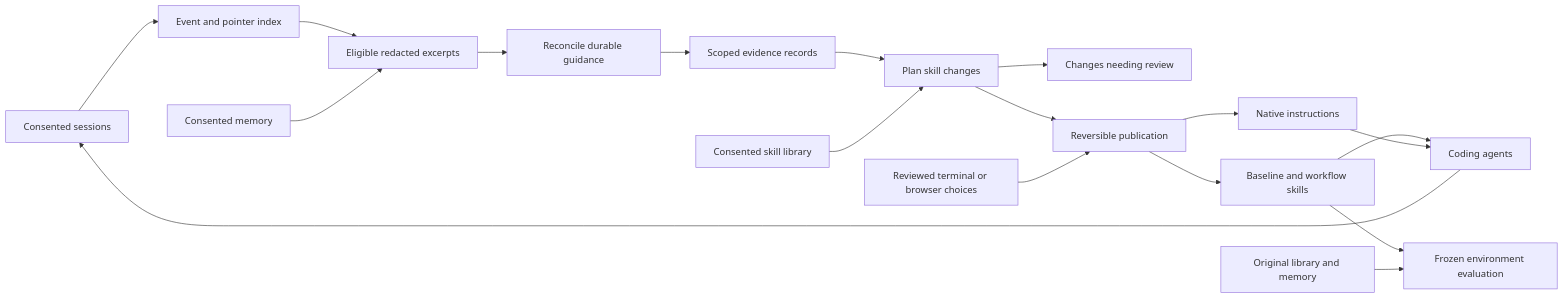
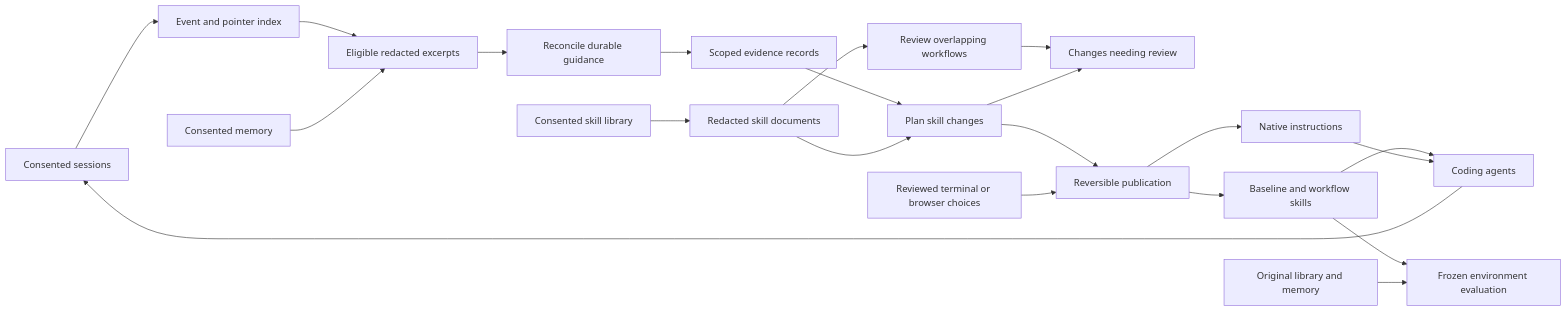
The diagram in docs/architecture/README.md (theonly1me/shadowclone), drawn with Mermaid before and after one commit. The commit also changed 49 other files, not shown here.

Commit message:
fix(environment): preserve skill publication and review decisions (#83)

````diff
--- a/docs/architecture/README.md
+++ b/docs/architecture/README.md
@@ -7,20 +7,23 @@
 ```mermaid
 flowchart LR
     Sessions[Consented sessions] --> Index[Event and pointer index]
     Index --> Redaction[Eligible redacted excerpts]
     Memory[Consented memory] --> Redaction
     Redaction --> Learning[Reconcile durable guidance]
     Learning --> Records[Scoped evidence records]
     Records --> Planner[Plan skill changes]
-    Library[Consented skill library] --> Planner
+    Library[Consented skill library] --> SkillText[Redacted skill documents]
+    SkillText --> Planner
+    SkillText --> Review[Review overlapping workflows]
+    Review --> Pending
     Planner --> Pending[Changes needing review]
     Planner --> Publish[Reversible publication]
     Build[Reviewed terminal or browser choices] --> Publish
     Publish --> Skills[Baseline and workflow skills]
     Publish --> Routing[Native instructions]
     Skills --> Agents[Coding agents]
     Routing --> Agents
     Agents --> Sessions
     Skills --> Eval[Frozen environment evaluation]
     Original[Original library and memory] --> Eval
 ```
````
